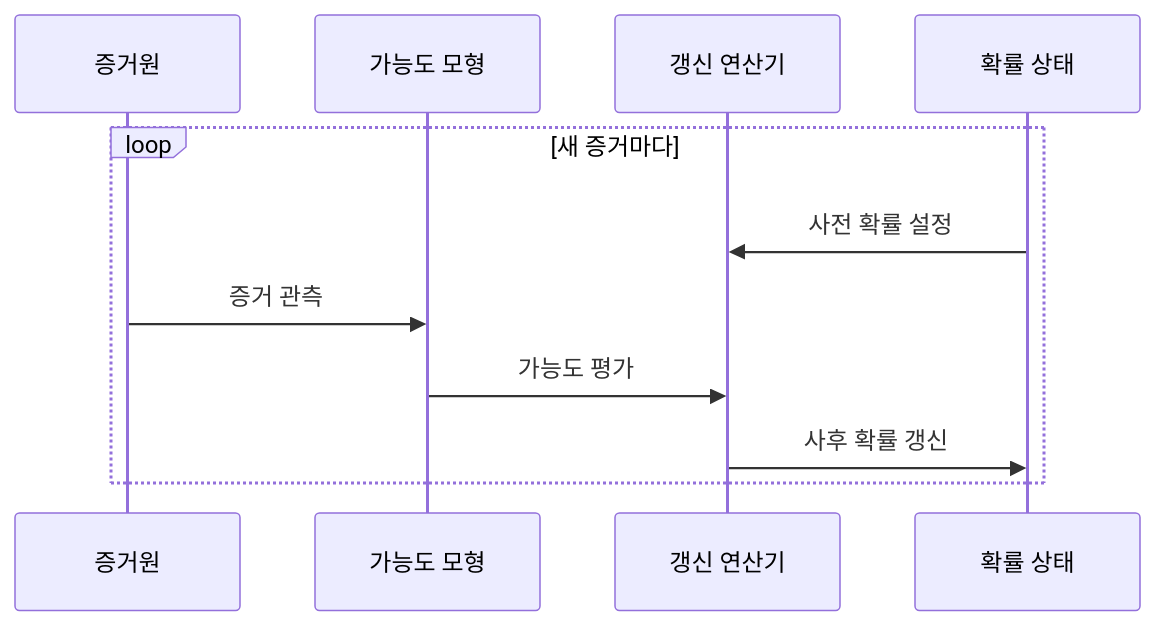
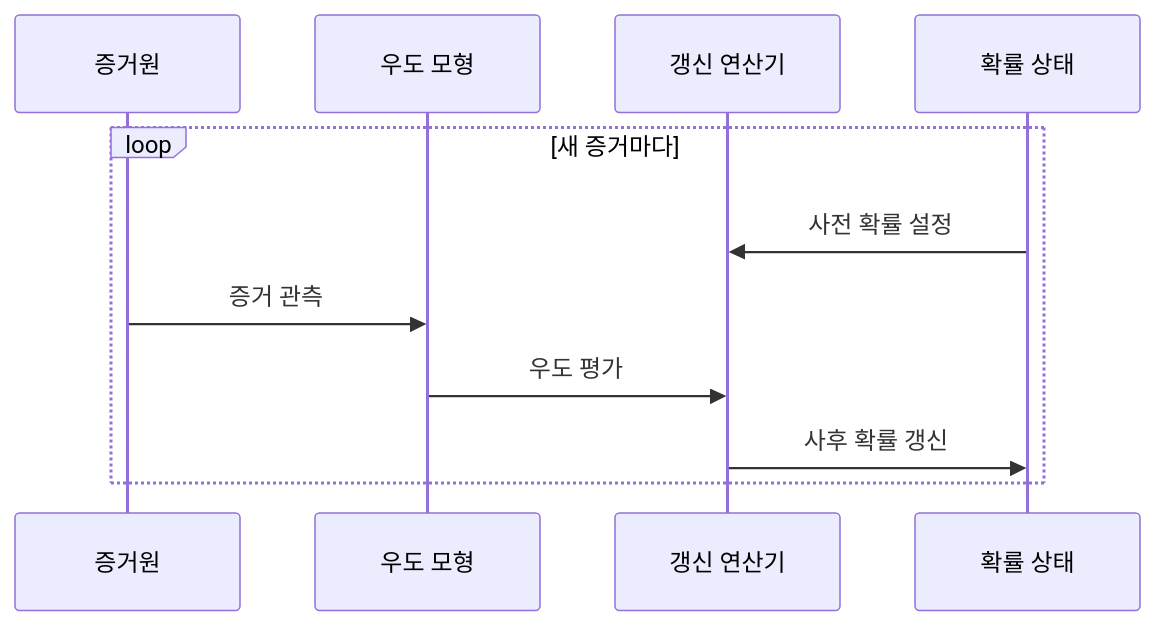
One commit to agnusdei1207/knowledge-base changed the second of 2 diagrams in src/content/docs/notes/01-basic-theory/031_bayes_theorem.md. Above: the diagram before and after it, drawn with Mermaid. The commit also changed other lines of this file and 2 other files, not shown here.

````diff
--- a/src/content/docs/notes/01-basic-theory/031_bayes_theorem.md
+++ b/src/content/docs/notes/01-basic-theory/031_bayes_theorem.md
@@ -86,13 +86,13 @@
 ```mermaid
 sequenceDiagram
     participant O as 증거원
-    participant L as 가능도 모형
+    participant L as 우도 모형
     participant U as 갱신 연산기
     participant S as 확률 상태
     loop 새 증거마다
         S->>U: 사전 확률 설정
         O->>L: 증거 관측
-        L->>U: 가능도 평가
+        L->>U: 우도 평가
         U->>S: 사후 확률 갱신
     end
 ```
````
